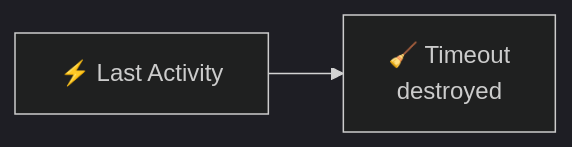
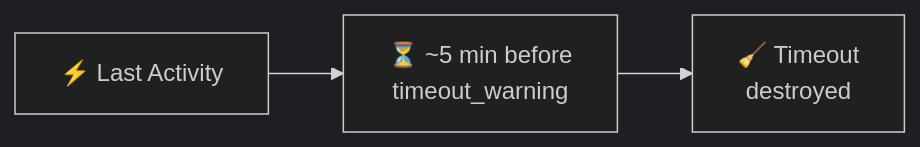
One commit to github/copilot-sdk changed the third of 6 diagrams in docs/features/session-persistence.md. Above: the diagram before and after it, drawn with Mermaid (dark theme). The commit also changed other lines of this file and 1021 other files, not shown here.

````diff
--- a/docs/features/session-persistence.md
+++ b/docs/features/session-persistence.md
@@ -684,4 +593,4 @@
 ```mermaid
 flowchart LR
-    A["⚡ Last Activity"] --> B["🧹 Timeout<br/>destroyed"]
+    A["⚡ Last Activity"] --> B["⏳ ~5 min before<br/>timeout_warning"] --> C["🧹 Timeout<br/>destroyed"]
 ```
````
